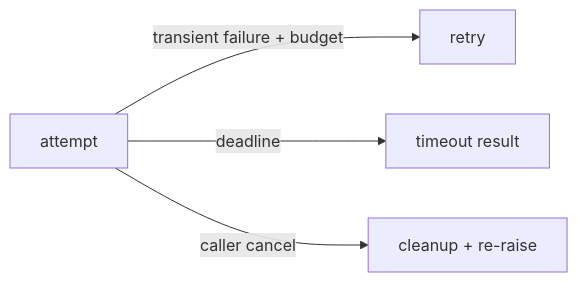
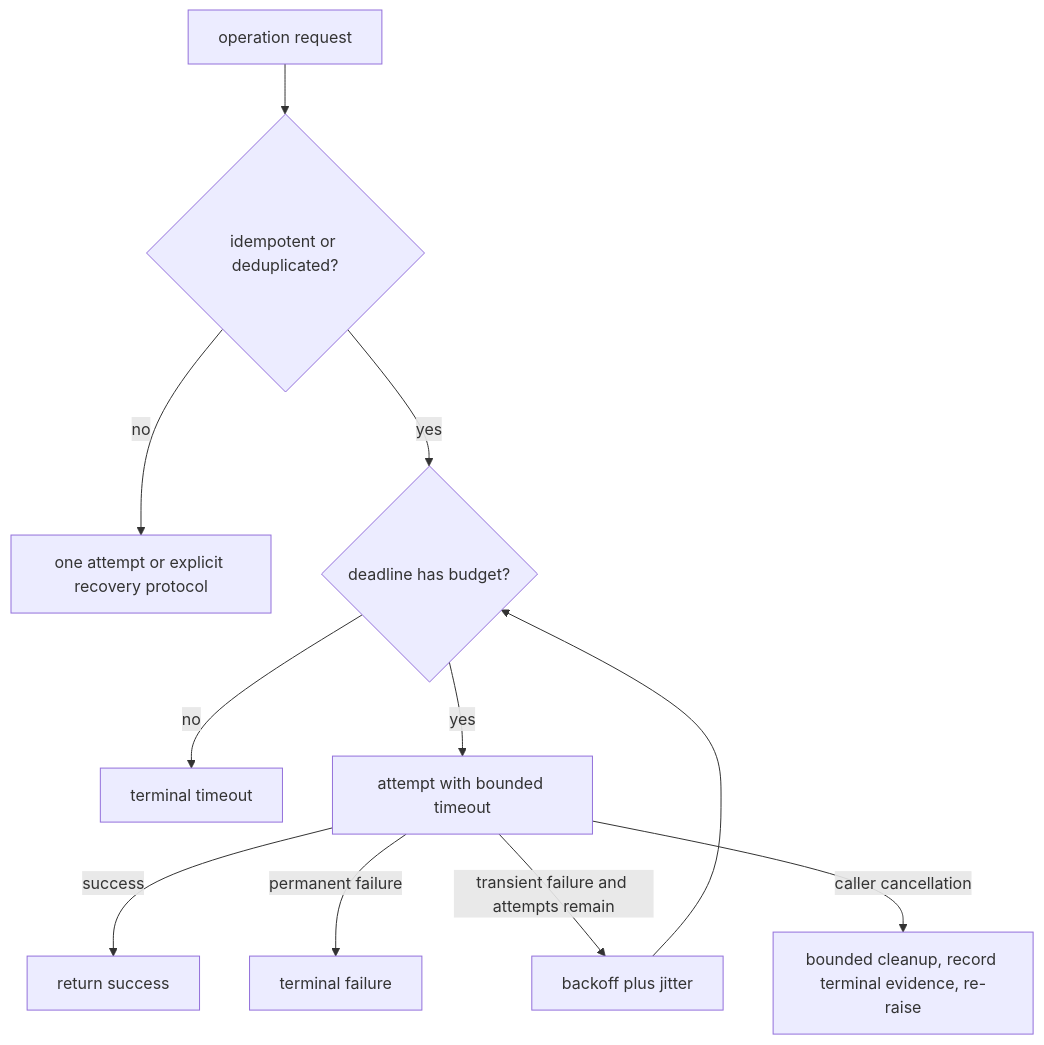
The first of 2 diagrams in docs/course/concepts/retries-timeouts-cancellation.md (levalencia/archon), drawn with Mermaid before and after one commit. The commit also changed other lines of this file and 5 other files, not shown here.

````diff
--- a/docs/course/concepts/retries-timeouts-cancellation.md
+++ b/docs/course/concepts/retries-timeouts-cancellation.md
@@ -11,6 +18,13 @@
 ```mermaid
-flowchart LR
-  A[attempt] -->|transient failure + budget| R[retry]
-  A -->|deadline| T[timeout result]
-  A -->|caller cancel| C[cleanup + re-raise]
+flowchart TD
+  R[operation request] --> I{idempotent or deduplicated?}
+  I -->|no| O[one attempt or explicit recovery protocol]
+  I -->|yes| D{deadline has budget?}
+  D -->|no| T[terminal timeout]
+  D -->|yes| A[attempt with bounded timeout]
+  A -->|success| S[return success]
+  A -->|permanent failure| F[terminal failure]
+  A -->|transient failure and attempts remain| B[backoff plus jitter]
+  B --> D
+  A -->|caller cancellation| C[bounded cleanup, record terminal evidence, re-raise]
 ```
````
